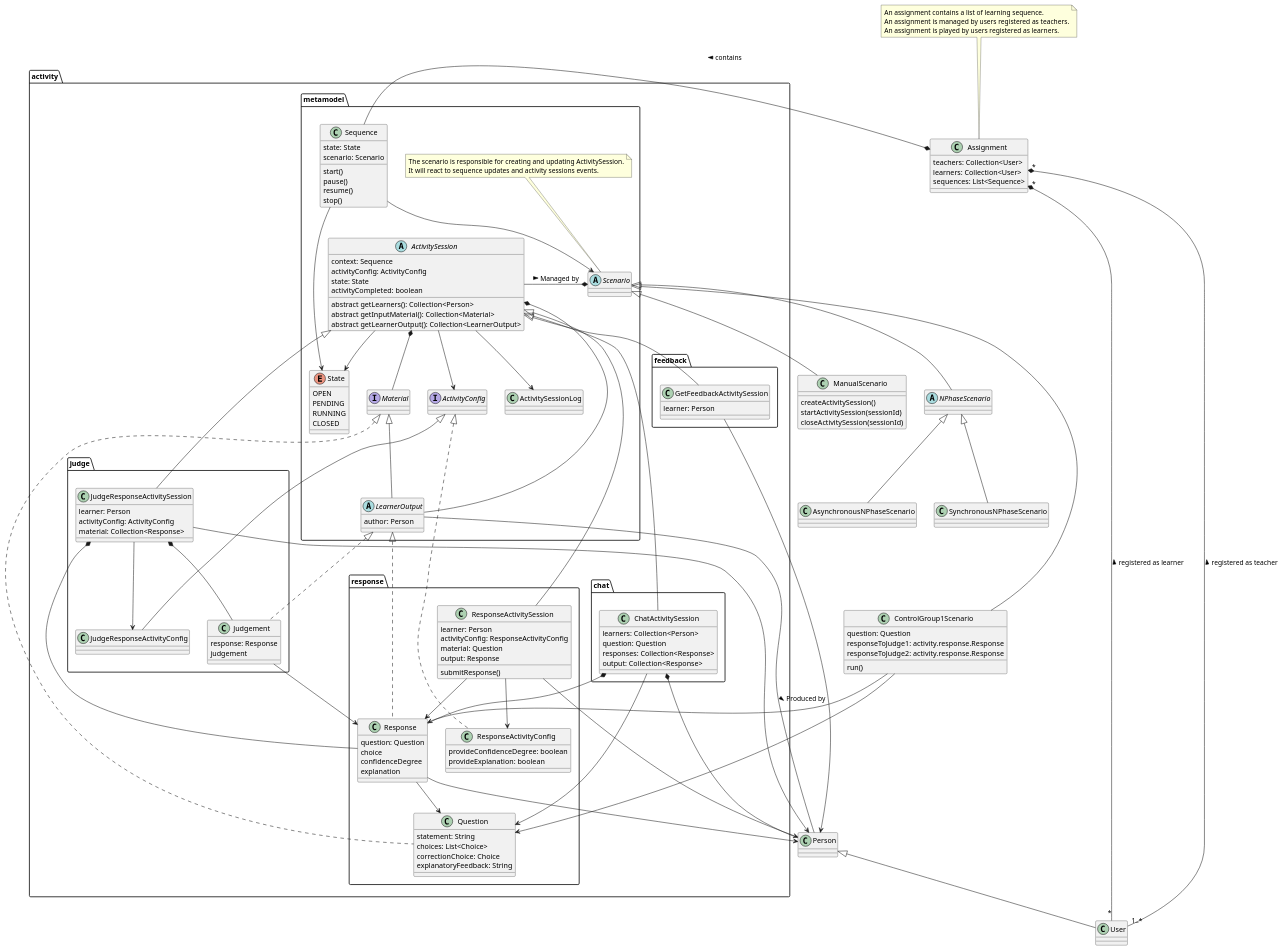
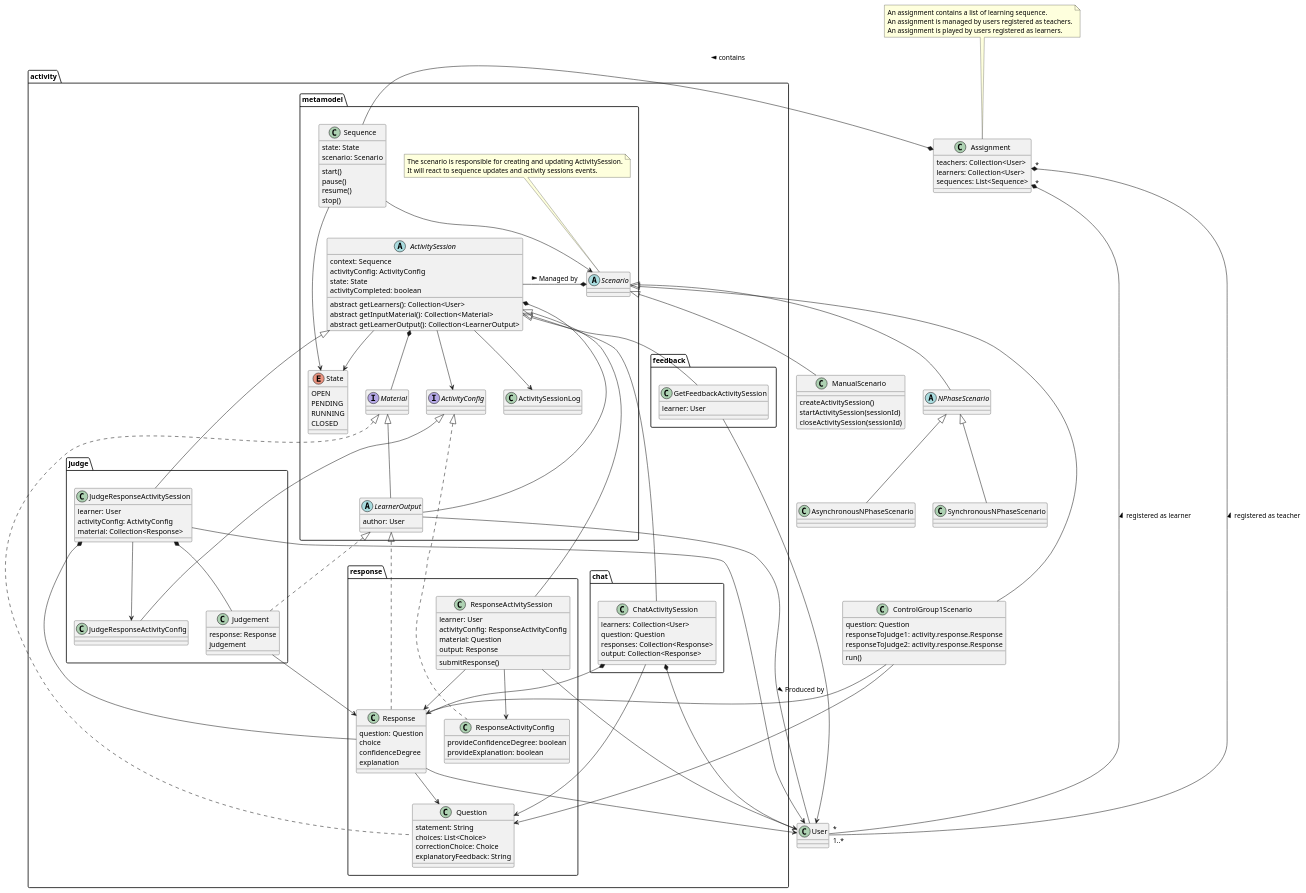
Before and after one commit to elaastic/ElaastiX: the diagram in doc/uml/ElaastiX.puml, drawn with PlantUML.

Commit message:
doc(model): Remove `Person` class for now
I've added this class with the intent to consider that a learning
material may be authored by a person who hasn't an account.
No need to introduce that yet.

```diff
--- a/doc/uml/ElaastiX.puml
+++ b/doc/uml/ElaastiX.puml
@@ -1,184 +1,183 @@
 @startuml
 'https://plantuml.com/class-diagram
 
-class Person
-class User extends Person
+class User
 
 class Assignment {
     teachers: Collection<User>
     learners: Collection<User>
     sequences: List<Sequence>
 }
 note top
 An assignment contains a list of learning sequence.
 An assignment is managed by users registered as teachers.
 An assignment is played by users registered as learners.
 end note
 
 Assignment "*" *- "*" User : registered as learner <
 Assignment "*" *- "1..*" User : registered as teacher <
 Assignment *- activity.metamodel.Sequence : contains >
 
 package activity.metamodel {
     abstract class Scenario
     note top
     The scenario is responsible for creating and updating ActivitySession.
     It will react to sequence updates and activity sessions events.
     end note
 
     class Sequence {
         state: State
         scenario: Scenario
         start()
         pause()
         resume()
         stop()
     }
 
     enum State {
             OPEN
             PENDING
             RUNNING
             CLOSED
         }
 
     Sequence --> State
     Sequence --> activity.metamodel.Scenario
 
     Scenario *- ActivitySession : Managed by <
 
     abstract class ActivitySession {
         context: Sequence
         activityConfig: ActivityConfig
         state: State
         activityCompleted: boolean
-        abstract getLearners(): Collection<Person>
+        abstract getLearners(): Collection<User>
         abstract getInputMaterial(): Collection<Material>
         abstract getLearnerOutput(): Collection<LearnerOutput>
     }
 
     class ActivitySessionLog
 
     ActivitySession --> State
     ActivitySession --> ActivitySessionLog
     ActivitySession --> ActivityConfig
     ActivitySession *-- LearnerOutput
     ActivitySession *-- Material
 
 
     interface ActivityConfig
 
     interface Material
 
     abstract class LearnerOutput extends Material {
-        author: Person
+        author: User
     }
 
-    LearnerOutput -- Person : Produced by >
+    LearnerOutput -- User : Produced by >
 }
 
 class ManualScenario extends activity.metamodel.Scenario {
     createActivitySession()
     startActivitySession(sessionId)
     closeActivitySession(sessionId)
 }
 
 abstract class NPhaseScenario extends activity.metamodel.Scenario
 
 class AsynchronousNPhaseScenario extends NPhaseScenario
 class SynchronousNPhaseScenario extends NPhaseScenario
 
 class ControlGroup1Scenario extends activity.metamodel.Scenario {
     question: Question
     responseToJudge1: activity.response.Response
     responseToJudge2: activity.response.Response
 
     run()
 }
 
 ControlGroup1Scenario --> activity.response.Question
 ControlGroup1Scenario --> activity.response.Response
 
 package activity.response {
     class ResponseActivitySession extends activity.metamodel.ActivitySession {
-        learner: Person
+        learner: User
         activityConfig: ResponseActivityConfig
         material: Question
         output: Response
 
         submitResponse()
     }
 
-    ResponseActivitySession --> Person
+    ResponseActivitySession --> User
     ResponseActivitySession --> Response
     ResponseActivitySession --> ResponseActivityConfig
 
     class ResponseActivityConfig implements activity.metamodel.ActivityConfig {
         provideConfidenceDegree: boolean
         provideExplanation: boolean
     }
 
     class Question implements activity.metamodel.Material {
         statement: String
         choices: List<Choice>
         correctionChoice: Choice
         explanatoryFeedback: String
     }
 
     class Response implements activity.metamodel.LearnerOutput {
         question: Question
         choice
         confidenceDegree
         explanation
     }
 
     Response --> Question
-    Response --> Person
+    Response --> User
 }
 
 package activity.judge {
     class JudgeResponseActivitySession extends activity.metamodel.ActivitySession {
-        learner: Person
+        learner: User
         activityConfig: ActivityConfig
         material: Collection<Response>
     }
 
     class JudgeResponseActivityConfig extends activity.metamodel.ActivityConfig {
 
     }
 
-    JudgeResponseActivitySession --> Person
+    JudgeResponseActivitySession --> User
     JudgeResponseActivitySession --> JudgeResponseActivityConfig
     JudgeResponseActivitySession *-- Judgement
     JudgeResponseActivitySession *-- activity.response.Response
 
     class Judgement implements activity.metamodel.LearnerOutput {
         response: Response
         judgement
 
     }
     Judgement --> activity.response.Response
 
 }
 
 package activity.chat {
     class ChatActivitySession extends activity.metamodel.ActivitySession {
-        learners: Collection<Person>
+        learners: Collection<User>
         question: Question
         responses: Collection<Response>
         output: Collection<Response>
     }
 
-    ChatActivitySession *-- Person
+    ChatActivitySession *-- User
     ChatActivitySession --> Question
     ChatActivitySession *-- activity.response.Response
 }
 
 package activity.feedback {
     class GetFeedbackActivitySession extends activity.metamodel.ActivitySession {
-        learner: Person
+        learner: User
     }
 
-    GetFeedbackActivitySession --> Person
+    GetFeedbackActivitySession --> User
 }
 @enduml
```
